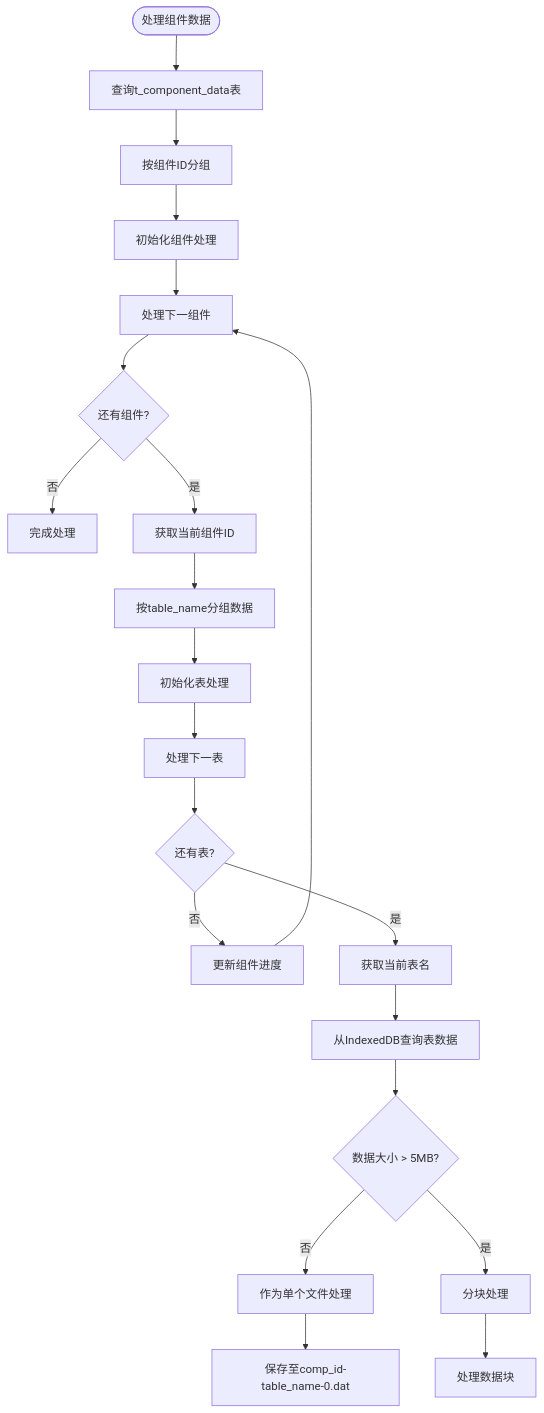
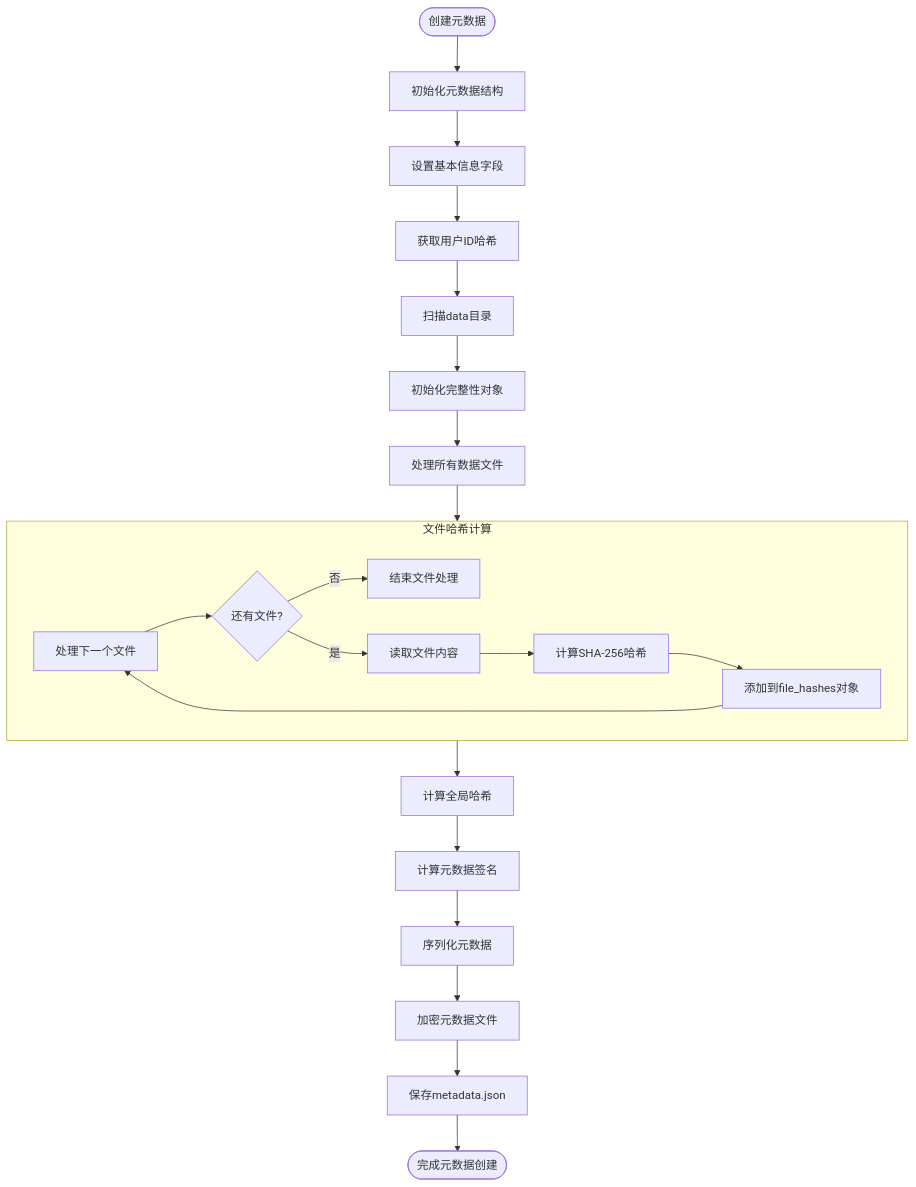
The diagram in all/未命名-53.md (yingjianzh/iodraw-files), drawn with Mermaid before and after one commit.

Commit message:
2025-05-09 15:25:23 update

````diff
--- a/all/未命名-53.md
+++ b/all/未命名-53.md
@@ -1,32 +1,31 @@
 ```mermaid
 flowchart TD
-    Start([处理组件数据]) --> QueryDB[查询t_component_data表]
-    QueryDB --> GroupByComp[按组件ID分组]
-    GroupByComp --> InitCompProcess[初始化组件处理]
+    Start([创建元数据]) --> InitMeta[初始化元数据结构]
+    InitMeta --> SetBasicInfo[设置基本信息字段]
+    SetBasicInfo --> GetUserIDHash[获取用户ID哈希]
     
-    InitCompProcess --> ProcessNextComp[处理下一组件]
-    ProcessNextComp --> MoreComps{还有组件?}
-    MoreComps -->|否| CompleteProcess[完成处理]
-    MoreComps -->|是| GetCompID[获取当前组件ID]
+    GetUserIDHash --> ScanDataDir[扫描data目录]
+    ScanDataDir --> InitIntegrity[初始化完整性对象]
     
-    GetCompID --> GroupByTable[按table_name分组数据]
-    GroupByTable --> InitTableProcess[初始化表处理]
+    InitIntegrity --> ProcessFiles[处理所有数据文件]
     
-    InitTableProcess --> ProcessNextTable[处理下一表]
-    ProcessNextTable --> MoreTables{还有表?}
-    MoreTables -->|否| UpdateCompProgress[更新组件进度]
-    MoreTables -->|是| GetTableName[获取当前表名]
+    subgraph FileHashCalculation [文件哈希计算]
+        PF1[处理下一个文件] --> PF2{还有文件?}
+        PF2 -->|否| PF6[结束文件处理]
+        PF2 -->|是| PF3[读取文件内容]
+        PF3 --> PF4[计算SHA-256哈希]
+        PF4 --> PF5[添加到file_hashes对象]
+        PF5 --> PF1
+    end
     
-    UpdateCompProgress --> ProcessNextComp
+    ProcessFiles --> FileHashCalculation
     
-    GetTableName --> QueryTableData[从IndexedDB查询表数据]
-    QueryTableData --> DataSize{数据大小 > 5MB?}
+    FileHashCalculation --> CalcGlobalHash[计算全局哈希]
+    CalcGlobalHash --> SignMetadata[计算元数据签名]
     
-    DataSize -->|否| SingleFile[作为单个文件处理]
-    DataSize -->|是| ChunkedProcessing[分块处理]
+    SignMetadata --> SerializeMetadata[序列化元数据]
+    SerializeMetadata --> EncryptMetadata[加密元数据文件]
+    EncryptMetadata --> SaveMetadataFile[保存metadata.json]
     
-    SingleFile --> SaveCompData[保存至comp_id-table_name-0.dat]
-    ChunkedProcessing --> ProcessDataChunks[处理数据块]
-    
-    
+    SaveMetadataFile --> End([完成元数据创建])
 ```
````
